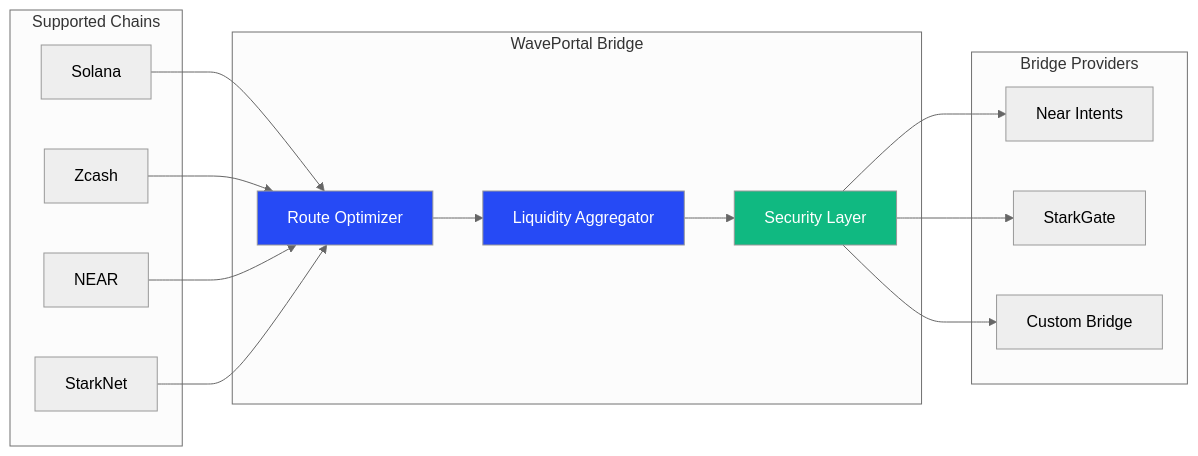
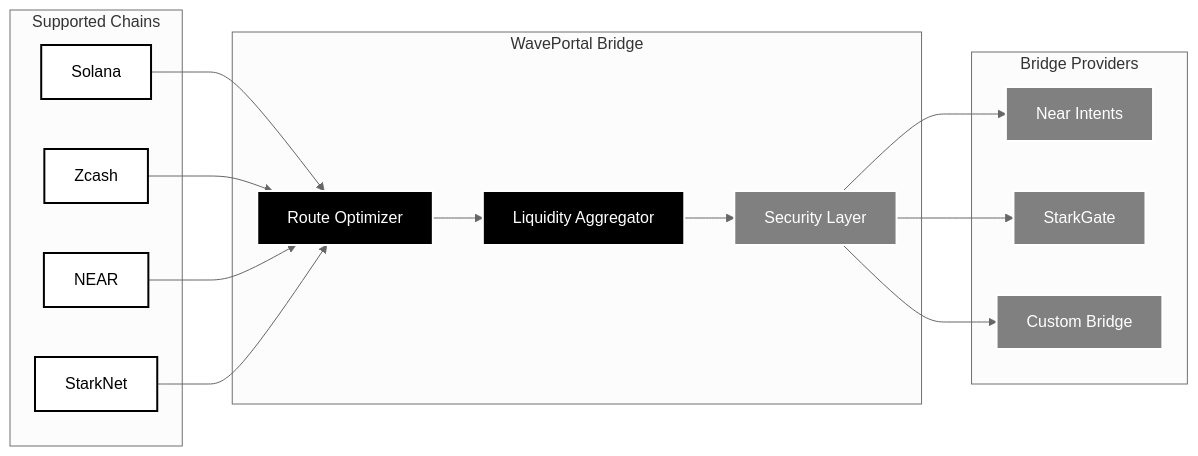
Before and after one commit to WaveTek-co/WaveSwap: the fourth of 9 diagrams in WHAT.md, drawn with Mermaid (neutral theme). The commit also changed other lines of this file and 56 other files, not shown here.

````diff
--- a/WHAT.md
+++ b/WHAT.md
@@ -139,37 +148,41 @@
 ```mermaid
 graph LR
     subgraph "Supported Chains"
         A[Solana]
         B[Zcash]
         C[NEAR]
         D[StarkNet]
     end
 
     subgraph "WavePortal Bridge"
         E[Route Optimizer]
         F[Liquidity Aggregator]
         G[Security Layer]
     end
 
     subgraph "Bridge Providers"
         H[Near Intents]
         I[StarkGate]
         J[Custom Bridge]
     end
 
     A --> E
     B --> E
     C --> E
     D --> E
 
     E --> F
     F --> G
 
     G --> H
     G --> I
     G --> J
 
-    style E fill:#264af5,color:#fff
-    style F fill:#264af5,color:#fff
-    style G fill:#10b981,color:#fff
+    classDef orcaPrimary fill:#000000,color:#ffffff,stroke:#ffffff,stroke-width:2px
+    classDef orcaSecondary fill:#ffffff,color:#000000,stroke:#000000,stroke-width:2px
+    classDef orcaSuccess fill:#808080,color:#ffffff,stroke:#ffffff,stroke-width:2px
+
+    class E,F orcaPrimary
+    class G,H,I,J orcaSuccess
+    class A,B,C,D orcaSecondary
 ```
````
